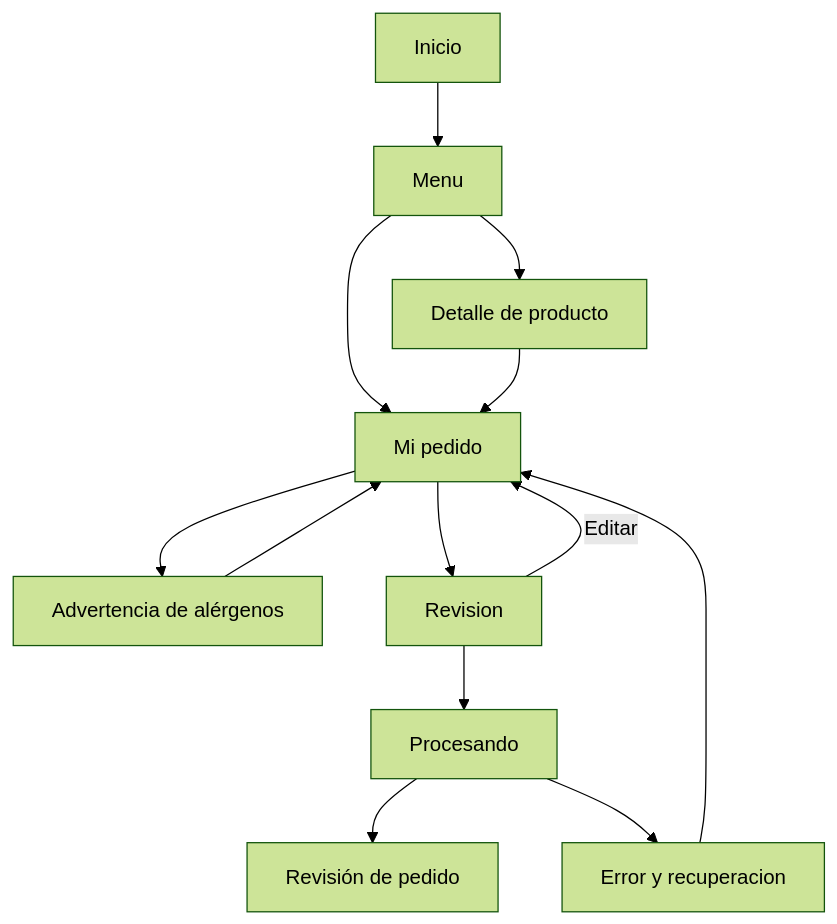
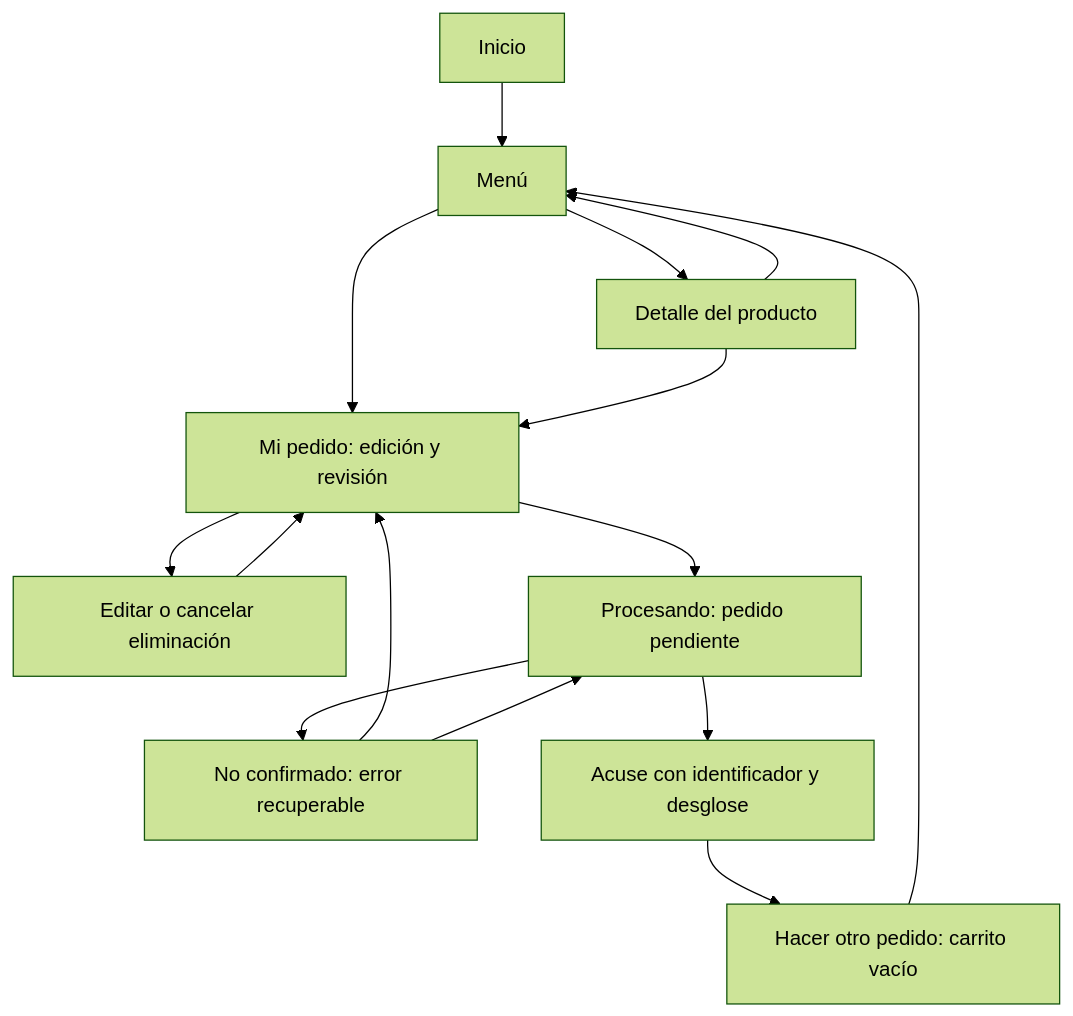
The diagram in diagramas/IHC-A-04-sitemap.mmd (EMILIOABRIL05/Prueba_01_IHC_Parcial2), drawn with Mermaid (forest theme) before and after one commit. The commit also changed 159 other files, not shown here.

```diff
--- a/diagramas/IHC-A-04-sitemap.mmd
+++ b/diagramas/IHC-A-04-sitemap.mmd
@@ -1,13 +1,15 @@
 flowchart TD
- A[Inicio] --> B[Menu]
- B --> C[Detalle de producto]
- B --> D[Mi pedido]
- C --> D
- D --> E[Advertencia de alérgenos]
- E --> D
- D --> F[Revision]
- F -->|Editar| D
- F --> G[Procesando]
- G --> H[Revisión de pedido]
- G --> I[Error y recuperacion]
- I --> D
+ F1["Inicio"] --> M["Menú"]
+ M --> D["Detalle del producto"]
+ D --> M
+ M --> P["Mi pedido: edición y revisión"]
+ D --> P
+ P --> E1["Editar o cancelar eliminación"]
+ E1 --> P
+ P --> V["Procesando: pedido pendiente"]
+ V --> X1["No confirmado: error recuperable"]
+ X1 --> P
+ X1 --> V
+ V --> C["Acuse con identificador y desglose"]
+ C --> N["Hacer otro pedido: carrito vacío"]
+ N --> M
```
